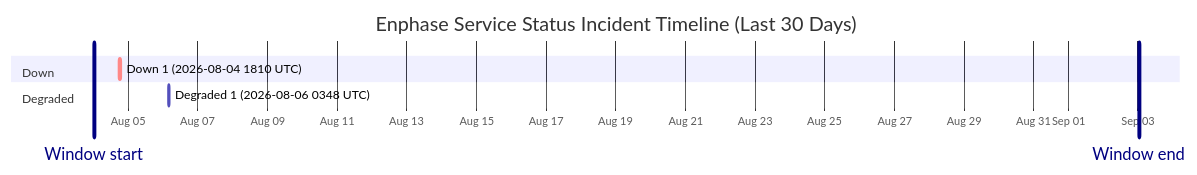
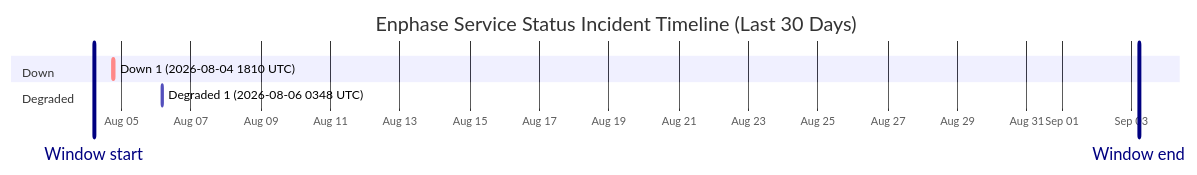
Before and after one commit to barneyonline/ha-enphase-energy: the diagram in wiki/Service-Status-History.md, drawn with Mermaid. The commit also changed other lines of this file and 3 other files, not shown here.

````diff
--- a/wiki/Service-Status-History.md
+++ b/wiki/Service-Status-History.md
@@ -14,12 +14,12 @@
 ```mermaid
 gantt
     title Enphase Service Status Incident Timeline (Last 30 Days)
     dateFormat  YYYY-MM-DDTHH:mm:ss
     axisFormat  %b %d
-    Window start :vert, window-start, 2026-08-04T00:29:52, 0ms
-    Window end :vert, window-end, 2026-09-03T00:29:52, 0ms
+    Window start :vert, window-start, 2026-08-04T04:55:50, 0ms
+    Window end :vert, window-end, 2026-09-03T04:55:50, 0ms
     section Down
     Down 1 (2026-08-04 1810 UTC) :crit, down-1, 2026-08-04T18:10:46, 60m
     section Degraded
     Degraded 1 (2026-08-06 0348 UTC) :active, degraded-1, 2026-08-06T03:48:14, 60m
 ```
````
